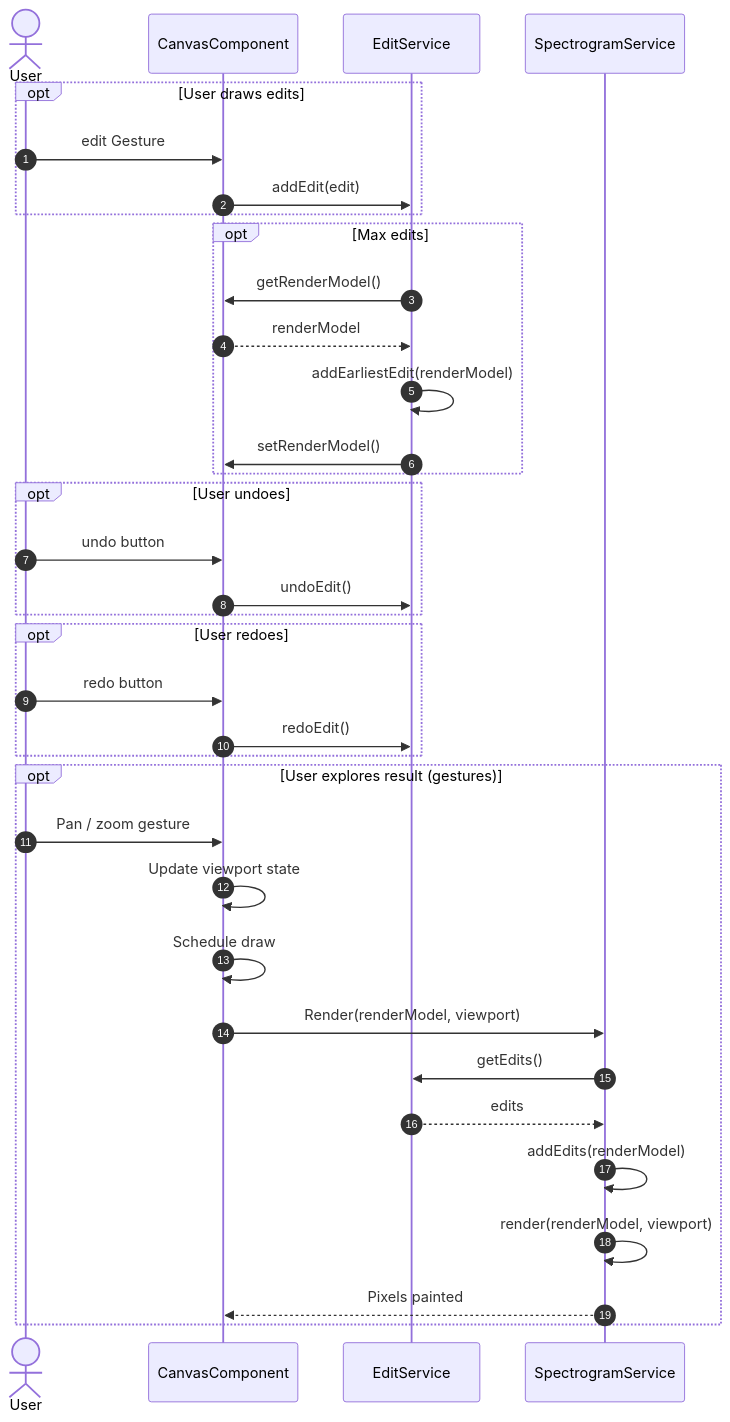
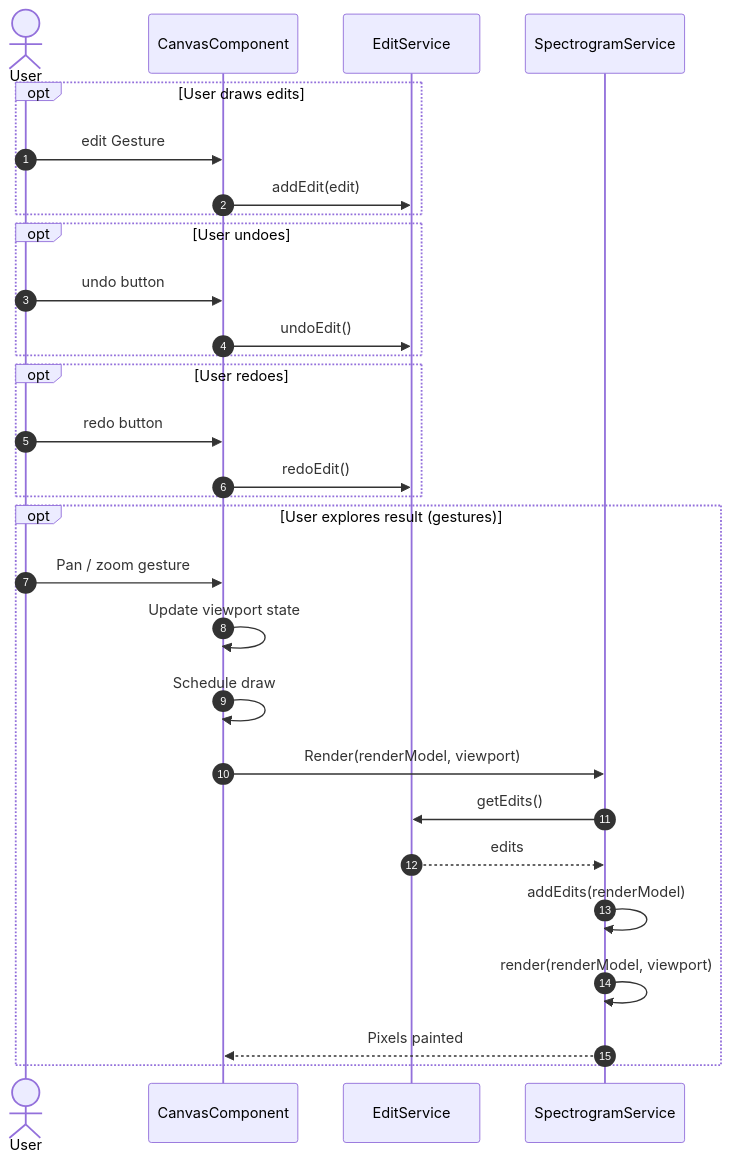
Before and after one commit to Advanced-Software-Engineering-23IKI1/saft: the diagram in docs/ms3/diagrams/rendering.md, drawn with Mermaid.

Commit message:
make rendering less detailed

`````diff
--- a/docs/ms3/diagrams/rendering.md
+++ b/docs/ms3/diagrams/rendering.md
@@ -3,47 +3,42 @@
 ````mermaid
 sequenceDiagram
   autonumber
   actor User
   participant Canvas as CanvasComponent
   participant Edit as EditService
   participant Spec as SpectrogramService
 
   opt User draws edits
    User->>Canvas: edit Gesture
    Canvas->>Edit: addEdit(edit)
   
   end
 
-    opt Max edits
-   Edit->>Canvas: getRenderModel()
-   Canvas-->>Edit: renderModel
-   Edit->>Edit: addEarliestEdit(renderModel)
-   Edit->>Canvas: setRenderModel()
-  end
+
 
   opt User undoes
    User->>Canvas: undo button
    Canvas->>Edit: undoEdit()
   end
 
   opt User redoes
    User->>Canvas: redo button
    Canvas->>Edit: redoEdit()
   end
 
 
 
   opt User explores result (gestures)
     User->>Canvas: Pan / zoom gesture
     Canvas->>Canvas: Update viewport state
     Canvas->>Canvas: Schedule draw
     Canvas->>Spec: Render(renderModel, viewport)
     Spec->>Edit: getEdits()
     Edit-->>Spec: edits
     Spec->>Spec: addEdits(renderModel)
     Spec->>Spec: render(renderModel, viewport)
     Spec-->>Canvas: Pixels painted
     
   end
 
 ````
`````
